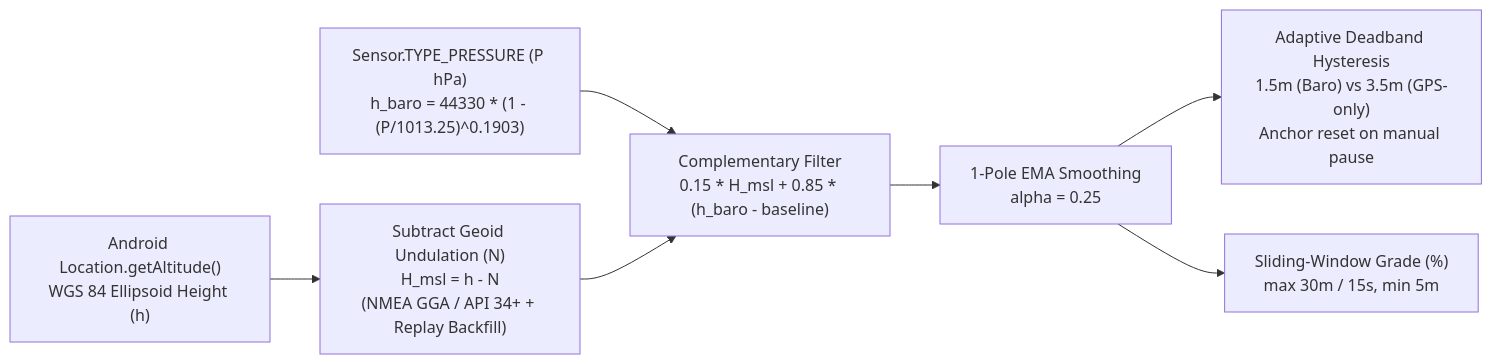
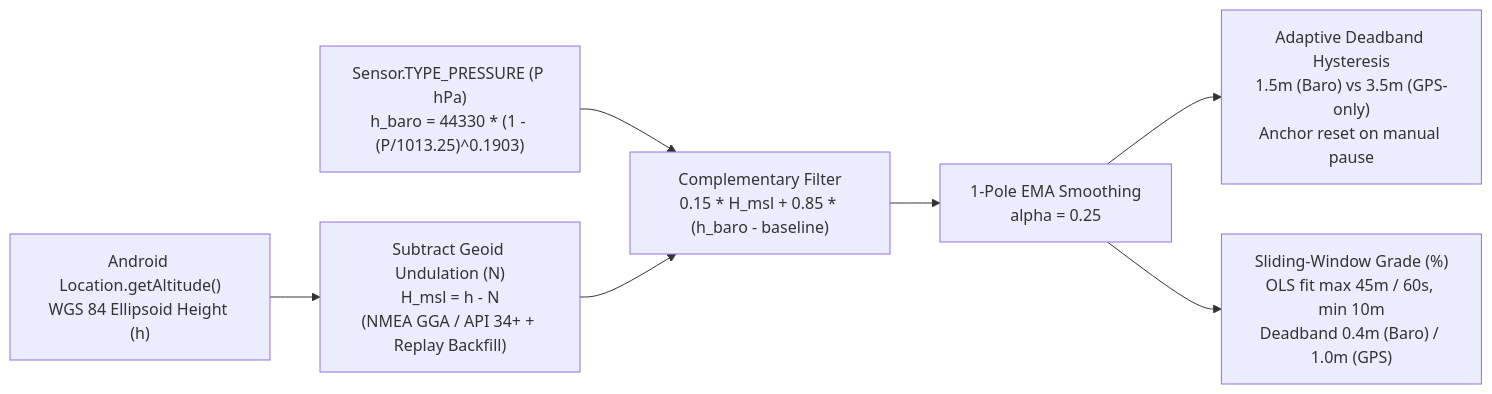
One commit to BrunoO/offline-fitness changed the second of 2 diagrams in docs/ontology.md. Above: the diagram before and after it, drawn with Mermaid. The commit also changed other lines of this file and 9 other files, not shown here.

First line of the commit message:
feat(recording): improve slope calculation with OLS regression, deadband and live barometer fusion

````diff
--- a/docs/ontology.md
+++ b/docs/ontology.md
@@ -115,9 +115,9 @@
 ```mermaid
 flowchart LR
     GPS["Android Location.getAltitude()<br/>WGS 84 Ellipsoid Height (h)"] --> GeoidSub["Subtract Geoid Undulation (N)<br/>H_msl = h - N<br/>(NMEA GGA / API 34+ + Replay Backfill)"]
     Baro["Sensor.TYPE_PRESSURE (P hPa)<br/>h_baro = 44330 * (1 - (P/1013.25)^0.1903)"] --> Fusion["Complementary Filter<br/>0.15 * H_msl + 0.85 * (h_baro - baseline)"]
     GeoidSub --> Fusion
     Fusion --> EMA["1-Pole EMA Smoothing<br/>alpha = 0.25"]
     EMA --> Hyst["Adaptive Deadband Hysteresis<br/>1.5m (Baro) vs 3.5m (GPS-only)<br/>Anchor reset on manual pause"]
-    EMA --> Slope["Sliding-Window Grade (%)<br/>max 30m / 15s, min 5m"]
+    EMA --> Slope["Sliding-Window Grade (%)<br/>OLS fit max 45m / 60s, min 10m<br/>Deadband 0.4m (Baro) / 1.0m (GPS)"]
 ```
````
